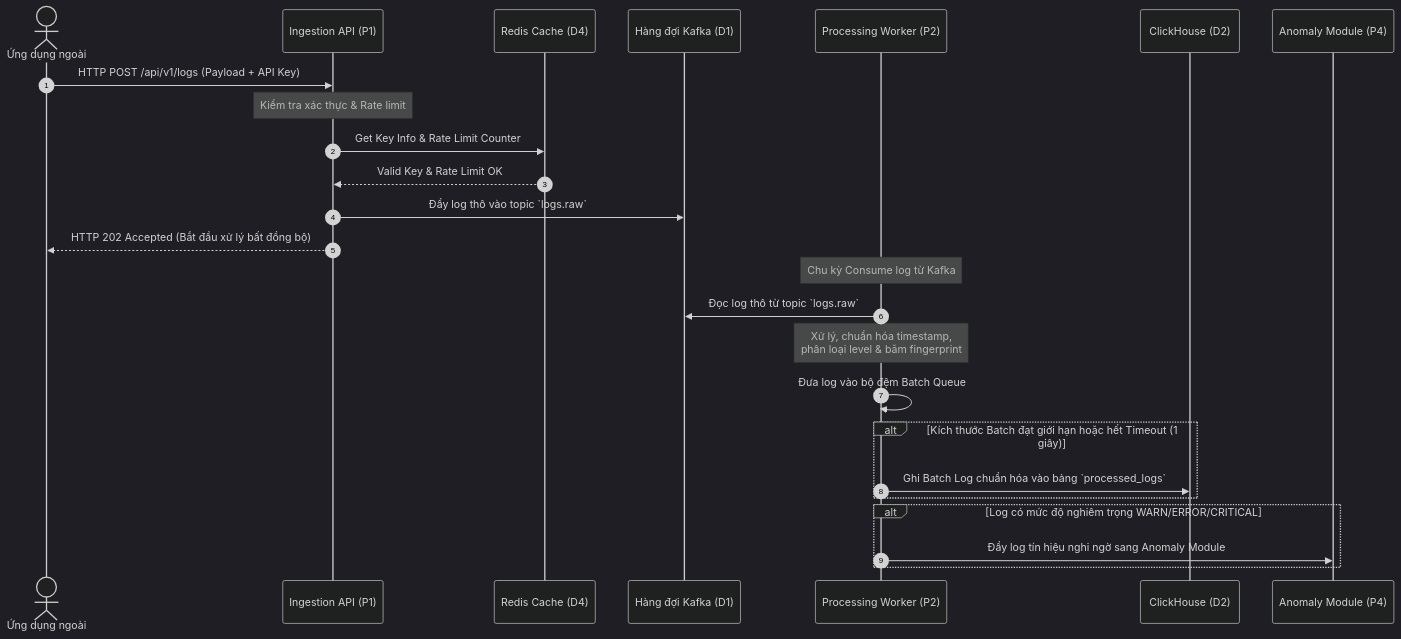
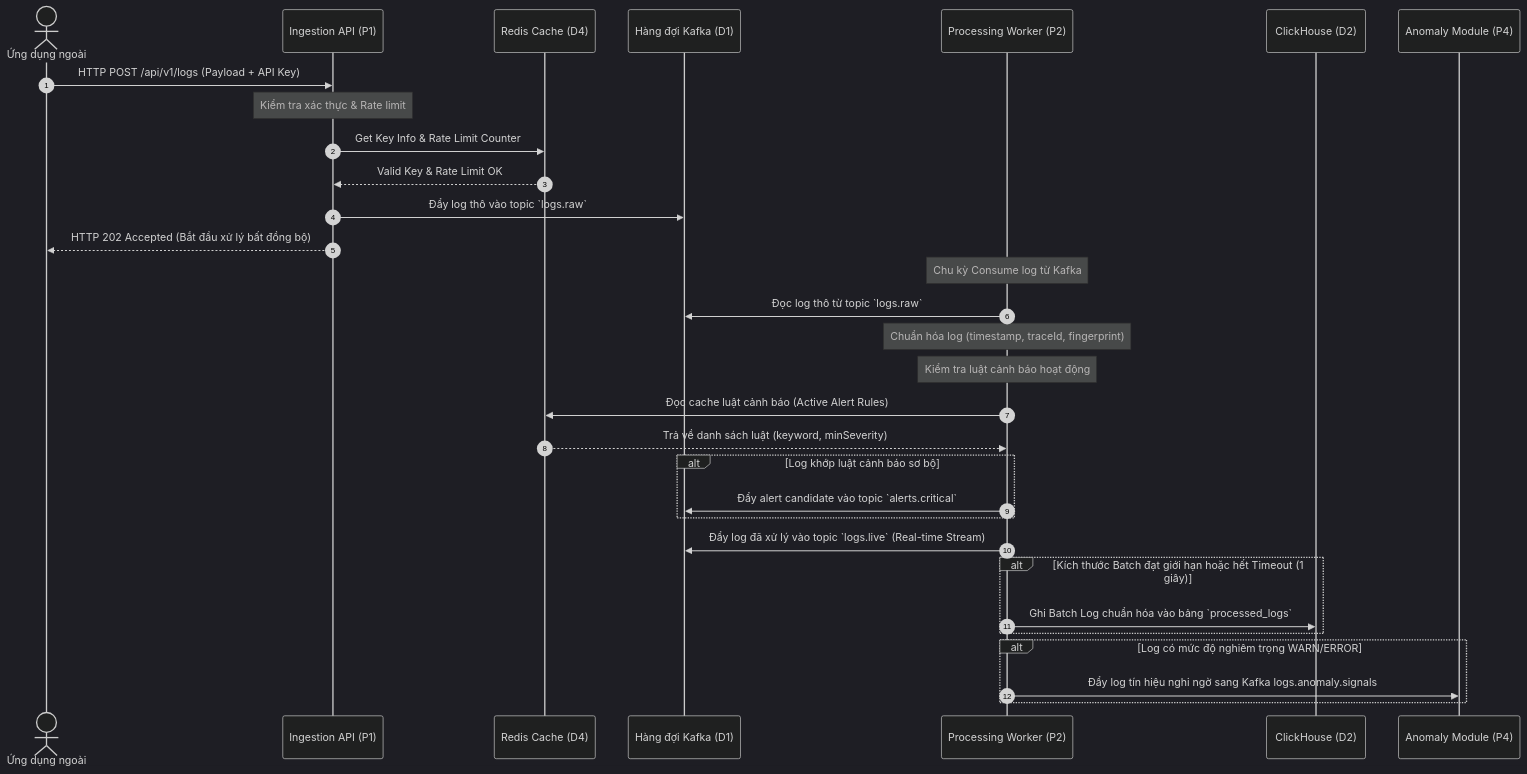
Before and after one commit to nguyentrongduc2005/log-monitoring-system: the third of 14 diagrams in detailed-diagrams.md, drawn with Mermaid (dark theme). The commit also changed other lines of this file, not shown here.

Commit message:
docs: update logs ingestion and processing diagrams to show active rules pre-filtering and live stream

````diff
--- a/detailed-diagrams.md
+++ b/detailed-diagrams.md
@@ -120,31 +120,40 @@
 ```mermaid
 sequenceDiagram
     autonumber
     actor App as Ứng dụng ngoài
     participant Ingest as Ingestion API (P1)
     participant Redis as Redis Cache (D4)
     participant Kafka as Hàng đợi Kafka (D1)
     participant Worker as Processing Worker (P2)
     participant CH as ClickHouse (D2)
     participant Anomaly as Anomaly Module (P4)
 
     App->>Ingest: HTTP POST /api/v1/logs (Payload + API Key)
     Note over Ingest: Kiểm tra xác thực & Rate limit
     Ingest->>Redis: Get Key Info & Rate Limit Counter
     Redis-->>Ingest: Valid Key & Rate Limit OK
     Ingest->>Kafka: Đẩy log thô vào topic `logs.raw`
     Ingest-->>App: HTTP 202 Accepted (Bắt đầu xử lý bất đồng bộ)
     
     Note over Worker: Chu kỳ Consume log từ Kafka
     Worker->>Kafka: Đọc log thô từ topic `logs.raw`
-    Note over Worker: Xử lý, chuẩn hóa timestamp,<br/>phân loại level & băm fingerprint
-    Worker->>Worker: Đưa log vào bộ đệm Batch Queue
+    Note over Worker: Chuẩn hóa log (timestamp, traceId, fingerprint)
+    
+    Note over Worker: Kiểm tra luật cảnh báo hoạt động
+    Worker->>Redis: Đọc cache luật cảnh báo (Active Alert Rules)
+    Redis-->>Worker: Trả về danh sách luật (keyword, minSeverity)
+    
+    alt Log khớp luật cảnh báo sơ bộ
+        Worker->>Kafka: Đẩy alert candidate vào topic `alerts.critical`
+    end
+    
+    Worker->>Kafka: Đẩy log đã xử lý vào topic `logs.live` (Real-time Stream)
     
     alt Kích thước Batch đạt giới hạn hoặc hết Timeout (1 giây)
         Worker->>CH: Ghi Batch Log chuẩn hóa vào bảng `processed_logs`
     end
     
-    alt Log có mức độ nghiêm trọng WARN/ERROR/CRITICAL
-        Worker->>Anomaly: Đẩy log tín hiệu nghi ngờ sang Anomaly Module
+    alt Log có mức độ nghiêm trọng WARN/ERROR
+        Worker->>Anomaly: Đẩy log tín hiệu nghi ngờ sang Kafka logs.anomaly.signals
     end
 ```
````
